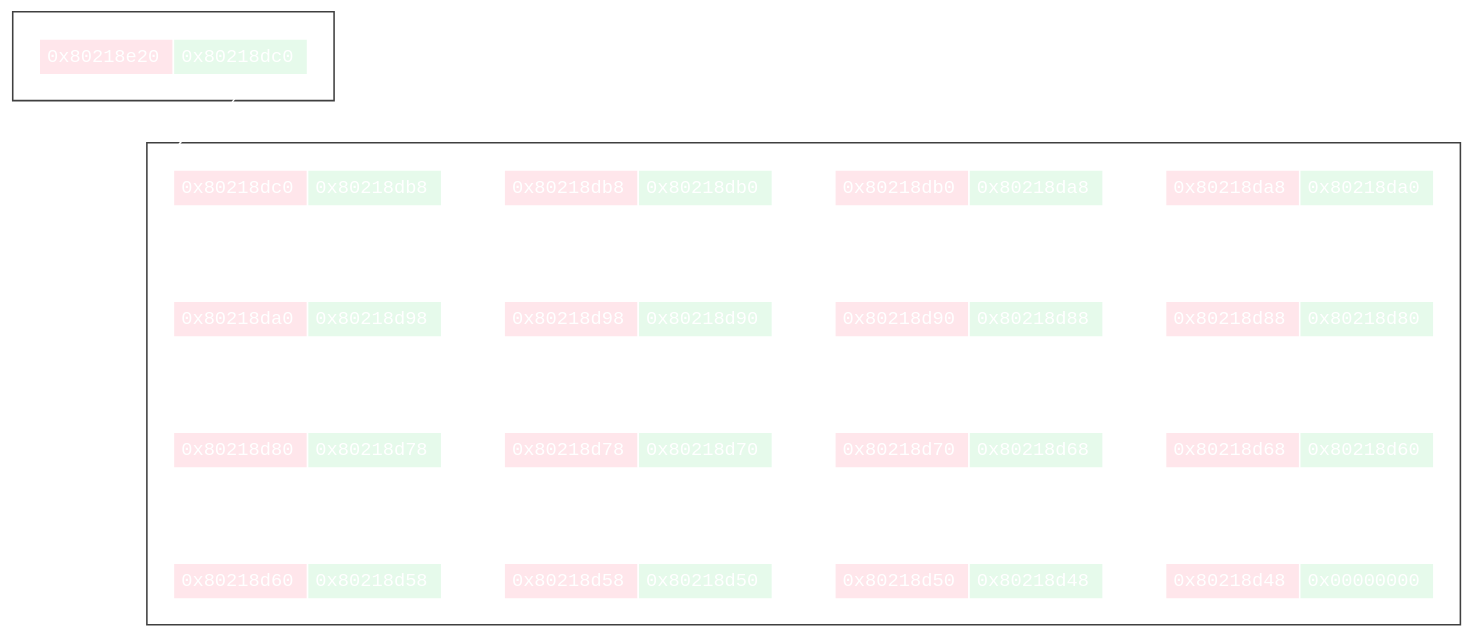
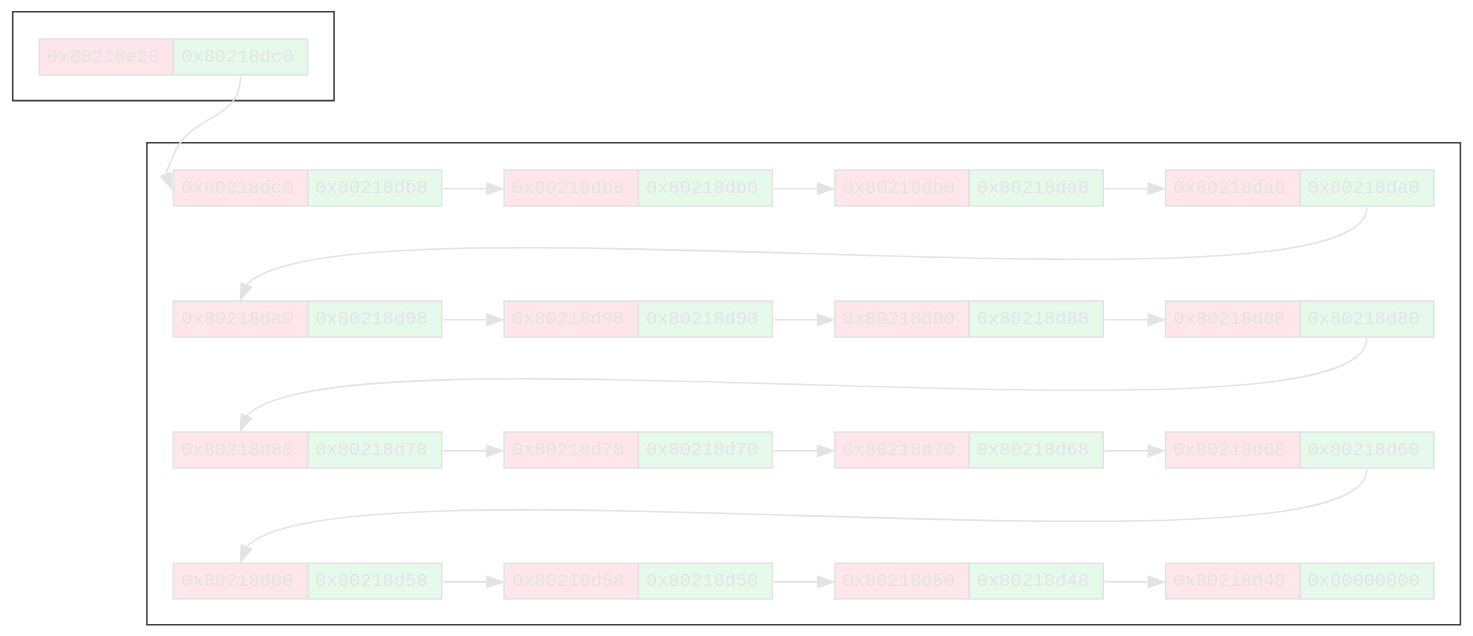
The diagram in scripts/memory/dark/memory.dot (jiangshengdev/rcore), drawn with Graphviz before and after one commit. The commit also changed 9 other files, not shown here.

```diff
--- a/scripts/memory/dark/memory.dot
+++ b/scripts/memory/dark/memory.dot
@@ -4,16 +4,16 @@
     splines=spline;
     nodesep=0.3;
     ranksep=0.6;
-    node [shape=record, fontname="SF Mono,monospace", fontsize=12, margin=0.125, fontcolor=white];
-    edge [fontname="SF Mono,monospace", fontsize=12, fontcolor=white, color=white];
+    node [shape=record, fontname="SF Mono,monospace", fontsize=12, margin=0.125, fontcolor="#e3e3e3"];
+    edge [fontname="SF Mono,monospace", fontsize=12, fontcolor="#e3e3e3", color="#e3e3e3"];
 
         subgraph cluster_g1_ {
             color="gray25";
         g1_node0 [shape=none, margin=0.125, label=<
-<TABLE BORDER="0" CELLBORDER="1" CELLSPACING="0" COLOR="#FFFFFF">
+<TABLE BORDER="0" CELLBORDER="1" CELLSPACING="0" COLOR="#e3e3e3">
   <TR>
-    <TD BGCOLOR="#FF375F1F" PORT="addr" ALIGN="LEFT" CELLPADDING="4"><FONT COLOR="white">0x80218e20</FONT></TD>
-    <TD BGCOLOR="#30D1581F" PORT="next" ALIGN="LEFT" CELLPADDING="4"><FONT COLOR="white">0x80218dc0</FONT></TD>
+    <TD BGCOLOR="#FF375F1F" PORT="addr" ALIGN="LEFT" CELLPADDING="4"><FONT COLOR="#e3e3e3">0x80218e20</FONT></TD>
+    <TD BGCOLOR="#30D1581F" PORT="next" ALIGN="LEFT" CELLPADDING="4"><FONT COLOR="#e3e3e3">0x80218dc0</FONT></TD>
   </TR>
 </TABLE>
 >];
@@ -27,130 +27,130 @@
         subgraph cluster_g2_ {
             color="gray25";
         g2_node0 [shape=none, margin=0.125, label=<
-<TABLE BORDER="0" CELLBORDER="1" CELLSPACING="0" COLOR="#FFFFFF">
+<TABLE BORDER="0" CELLBORDER="1" CELLSPACING="0" COLOR="#e3e3e3">
   <TR>
-    <TD BGCOLOR="#FF375F1F" PORT="addr" ALIGN="LEFT" CELLPADDING="4"><FONT COLOR="white">0x80218d48</FONT></TD>
-    <TD BGCOLOR="#30D1581F" PORT="next" ALIGN="LEFT" CELLPADDING="4"><FONT COLOR="white">0x00000000</FONT></TD>
+    <TD BGCOLOR="#FF375F1F" PORT="addr" ALIGN="LEFT" CELLPADDING="4"><FONT COLOR="#e3e3e3">0x80218d48</FONT></TD>
+    <TD BGCOLOR="#30D1581F" PORT="next" ALIGN="LEFT" CELLPADDING="4"><FONT COLOR="#e3e3e3">0x00000000</FONT></TD>
   </TR>
 </TABLE>
 >];
         g2_node1 [shape=none, margin=0.125, label=<
-<TABLE BORDER="0" CELLBORDER="1" CELLSPACING="0" COLOR="#FFFFFF">
+<TABLE BORDER="0" CELLBORDER="1" CELLSPACING="0" COLOR="#e3e3e3">
   <TR>
-    <TD BGCOLOR="#FF375F1F" PORT="addr" ALIGN="LEFT" CELLPADDING="4"><FONT COLOR="white">0x80218d50</FONT></TD>
-    <TD BGCOLOR="#30D1581F" PORT="val" ALIGN="LEFT" CELLPADDING="4"><FONT COLOR="white">0x80218d48</FONT></TD>
+    <TD BGCOLOR="#FF375F1F" PORT="addr" ALIGN="LEFT" CELLPADDING="4"><FONT COLOR="#e3e3e3">0x80218d50</FONT></TD>
+    <TD BGCOLOR="#30D1581F" PORT="val" ALIGN="LEFT" CELLPADDING="4"><FONT COLOR="#e3e3e3">0x80218d48</FONT></TD>
   </TR>
 </TABLE>
 >];
         g2_node2 [shape=none, margin=0.125, label=<
-<TABLE BORDER="0" CELLBORDER="1" CELLSPACING="0" COLOR="#FFFFFF">
+<TABLE BORDER="0" CELLBORDER="1" CELLSPACING="0" COLOR="#e3e3e3">
   <TR>
-    <TD BGCOLOR="#FF375F1F" PORT="addr" ALIGN="LEFT" CELLPADDING="4"><FONT COLOR="white">0x80218d58</FONT></TD>
-    <TD BGCOLOR="#30D1581F" PORT="val" ALIGN="LEFT" CELLPADDING="4"><FONT COLOR="white">0x80218d50</FONT></TD>
+    <TD BGCOLOR="#FF375F1F" PORT="addr" ALIGN="LEFT" CELLPADDING="4"><FONT COLOR="#e3e3e3">0x80218d58</FONT></TD>
+    <TD BGCOLOR="#30D1581F" PORT="val" ALIGN="LEFT" CELLPADDING="4"><FONT COLOR="#e3e3e3">0x80218d50</FONT></TD>
   </TR>
 </TABLE>
 >];
         g2_node3 [shape=none, margin=0.125, label=<
-<TABLE BORDER="0" CELLBORDER="1" CELLSPACING="0" COLOR="#FFFFFF">
+<TABLE BORDER="0" CELLBORDER="1" CELLSPACING="0" COLOR="#e3e3e3">
   <TR>
-    <TD BGCOLOR="#FF375F1F" PORT="addr" ALIGN="LEFT" CELLPADDING="4"><FONT COLOR="white">0x80218d60</FONT></TD>
-    <TD BGCOLOR="#30D1581F" PORT="val" ALIGN="LEFT" CELLPADDING="4"><FONT COLOR="white">0x80218d58</FONT></TD>
+    <TD BGCOLOR="#FF375F1F" PORT="addr" ALIGN="LEFT" CELLPADDING="4"><FONT COLOR="#e3e3e3">0x80218d60</FONT></TD>
+    <TD BGCOLOR="#30D1581F" PORT="val" ALIGN="LEFT" CELLPADDING="4"><FONT COLOR="#e3e3e3">0x80218d58</FONT></TD>
   </TR>
 </TABLE>
 >];
         g2_node4 [shape=none, margin=0.125, label=<
-<TABLE BORDER="0" CELLBORDER="1" CELLSPACING="0" COLOR="#FFFFFF">
+<TABLE BORDER="0" CELLBORDER="1" CELLSPACING="0" COLOR="#e3e3e3">
   <TR>
-    <TD BGCOLOR="#FF375F1F" PORT="addr" ALIGN="LEFT" CELLPADDING="4"><FONT COLOR="white">0x80218d68</FONT></TD>
-    <TD BGCOLOR="#30D1581F" PORT="val" ALIGN="LEFT" CELLPADDING="4"><FONT COLOR="white">0x80218d60</FONT></TD>
+    <TD BGCOLOR="#FF375F1F" PORT="addr" ALIGN="LEFT" CELLPADDING="4"><FONT COLOR="#e3e3e3">0x80218d68</FONT></TD>
+    <TD BGCOLOR="#30D1581F" PORT="val" ALIGN="LEFT" CELLPADDING="4"><FONT COLOR="#e3e3e3">0x80218d60</FONT></TD>
   </TR>
 </TABLE>
 >];
         g2_node5 [shape=none, margin=0.125, label=<
-<TABLE BORDER="0" CELLBORDER="1" CELLSPACING="0" COLOR="#FFFFFF">
+<TABLE BORDER="0" CELLBORDER="1" CELLSPACING="0" COLOR="#e3e3e3">
   <TR>
-    <TD BGCOLOR="#FF375F1F" PORT="addr" ALIGN="LEFT" CELLPADDING="4"><FONT COLOR="white">0x80218d70</FONT></TD>
-    <TD BGCOLOR="#30D1581F" PORT="val" ALIGN="LEFT" CELLPADDING="4"><FONT COLOR="white">0x80218d68</FONT></TD>
+    <TD BGCOLOR="#FF375F1F" PORT="addr" ALIGN="LEFT" CELLPADDING="4"><FONT COLOR="#e3e3e3">0x80218d70</FONT></TD>
+    <TD BGCOLOR="#30D1581F" PORT="val" ALIGN="LEFT" CELLPADDING="4"><FONT COLOR="#e3e3e3">0x80218d68</FONT></TD>
   </TR>
 </TABLE>
 >];
         g2_node6 [shape=none, margin=0.125, label=<
-<TABLE BORDER="0" CELLBORDER="1" CELLSPACING="0" COLOR="#FFFFFF">
+<TABLE BORDER="0" CELLBORDER="1" CELLSPACING="0" COLOR="#e3e3e3">
   <TR>
-    <TD BGCOLOR="#FF375F1F" PORT="addr" ALIGN="LEFT" CELLPADDING="4"><FONT COLOR="white">0x80218d78</FONT></TD>
-    <TD BGCOLOR="#30D1581F" PORT="val" ALIGN="LEFT" CELLPADDING="4"><FONT COLOR="white">0x80218d70</FONT></TD>
+    <TD BGCOLOR="#FF375F1F" PORT="addr" ALIGN="LEFT" CELLPADDING="4"><FONT COLOR="#e3e3e3">0x80218d78</FONT></TD>
+    <TD BGCOLOR="#30D1581F" PORT="val" ALIGN="LEFT" CELLPADDING="4"><FONT COLOR="#e3e3e3">0x80218d70</FONT></TD>
   </TR>
 </TABLE>
 >];
         g2_node7 [shape=none, margin=0.125, label=<
-<TABLE BORDER="0" CELLBORDER="1" CELLSPACING="0" COLOR="#FFFFFF">
+<TABLE BORDER="0" CELLBORDER="1" CELLSPACING="0" COLOR="#e3e3e3">
   <TR>
-    <TD BGCOLOR="#FF375F1F" PORT="addr" ALIGN="LEFT" CELLPADDING="4"><FONT COLOR="white">0x80218d80</FONT></TD>
-    <TD BGCOLOR="#30D1581F" PORT="val" ALIGN="LEFT" CELLPADDING="4"><FONT COLOR="white">0x80218d78</FONT></TD>
+    <TD BGCOLOR="#FF375F1F" PORT="addr" ALIGN="LEFT" CELLPADDING="4"><FONT COLOR="#e3e3e3">0x80218d80</FONT></TD>
+    <TD BGCOLOR="#30D1581F" PORT="val" ALIGN="LEFT" CELLPADDING="4"><FONT COLOR="#e3e3e3">0x80218d78</FONT></TD>
   </TR>
 </TABLE>
 >];
         g2_node8 [shape=none, margin=0.125, label=<
-<TABLE BORDER="0" CELLBORDER="1" CELLSPACING="0" COLOR="#FFFFFF">
+<TABLE BORDER="0" CELLBORDER="1" CELLSPACING="0" COLOR="#e3e3e3">
   <TR>
-    <TD BGCOLOR="#FF375F1F" PORT="addr" ALIGN="LEFT" CELLPADDING="4"><FONT COLOR="white">0x80218d88</FONT></TD>
-    <TD BGCOLOR="#30D1581F" PORT="val" ALIGN="LEFT" CELLPADDING="4"><FONT COLOR="white">0x80218d80</FONT></TD>
+    <TD BGCOLOR="#FF375F1F" PORT="addr" ALIGN="LEFT" CELLPADDING="4"><FONT COLOR="#e3e3e3">0x80218d88</FONT></TD>
+    <TD BGCOLOR="#30D1581F" PORT="val" ALIGN="LEFT" CELLPADDING="4"><FONT COLOR="#e3e3e3">0x80218d80</FONT></TD>
   </TR>
 </TABLE>
 >];
         g2_node9 [shape=none, margin=0.125, label=<
-<TABLE BORDER="0" CELLBORDER="1" CELLSPACING="0" COLOR="#FFFFFF">
+<TABLE BORDER="0" CELLBORDER="1" CELLSPACING="0" COLOR="#e3e3e3">
   <TR>
-    <TD BGCOLOR="#FF375F1F" PORT="addr" ALIGN="LEFT" CELLPADDING="4"><FONT COLOR="white">0x80218d90</FONT></TD>
-    <TD BGCOLOR="#30D1581F" PORT="val" ALIGN="LEFT" CELLPADDING="4"><FONT COLOR="white">0x80218d88</FONT></TD>
+    <TD BGCOLOR="#FF375F1F" PORT="addr" ALIGN="LEFT" CELLPADDING="4"><FONT COLOR="#e3e3e3">0x80218d90</FONT></TD>
+    <TD BGCOLOR="#30D1581F" PORT="val" ALIGN="LEFT" CELLPADDING="4"><FONT COLOR="#e3e3e3">0x80218d88</FONT></TD>
   </TR>
 </TABLE>
 >];
         g2_node10 [shape=none, margin=0.125, label=<
-<TABLE BORDER="0" CELLBORDER="1" CELLSPACING="0" COLOR="#FFFFFF">
+<TABLE BORDER="0" CELLBORDER="1" CELLSPACING="0" COLOR="#e3e3e3">
   <TR>
-    <TD BGCOLOR="#FF375F1F" PORT="addr" ALIGN="LEFT" CELLPADDING="4"><FONT COLOR="white">0x80218d98</FONT></TD>
-    <TD BGCOLOR="#30D1581F" PORT="val" ALIGN="LEFT" CELLPADDING="4"><FONT COLOR="white">0x80218d90</FONT></TD>
+    <TD BGCOLOR="#FF375F1F" PORT="addr" ALIGN="LEFT" CELLPADDING="4"><FONT COLOR="#e3e3e3">0x80218d98</FONT></TD>
+    <TD BGCOLOR="#30D1581F" PORT="val" ALIGN="LEFT" CELLPADDING="4"><FONT COLOR="#e3e3e3">0x80218d90</FONT></TD>
   </TR>
 </TABLE>
 >];
         g2_node11 [shape=none, margin=0.125, label=<
-<TABLE BORDER="0" CELLBORDER="1" CELLSPACING="0" COLOR="#FFFFFF">
+<TABLE BORDER="0" CELLBORDER="1" CELLSPACING="0" COLOR="#e3e3e3">
   <TR>
-    <TD BGCOLOR="#FF375F1F" PORT="addr" ALIGN="LEFT" CELLPADDING="4"><FONT COLOR="white">0x80218da0</FONT></TD>
-    <TD BGCOLOR="#30D1581F" PORT="val" ALIGN="LEFT" CELLPADDING="4"><FONT COLOR="white">0x80218d98</FONT></TD>
+    <TD BGCOLOR="#FF375F1F" PORT="addr" ALIGN="LEFT" CELLPADDING="4"><FONT COLOR="#e3e3e3">0x80218da0</FONT></TD>
+    <TD BGCOLOR="#30D1581F" PORT="val" ALIGN="LEFT" CELLPADDING="4"><FONT COLOR="#e3e3e3">0x80218d98</FONT></TD>
   </TR>
 </TABLE>
 >];
         g2_node12 [shape=none, margin=0.125, label=<
-<TABLE BORDER="0" CELLBORDER="1" CELLSPACING="0" COLOR="#FFFFFF">
+<TABLE BORDER="0" CELLBORDER="1" CELLSPACING="0" COLOR="#e3e3e3">
   <TR>
-    <TD BGCOLOR="#FF375F1F" PORT="addr" ALIGN="LEFT" CELLPADDING="4"><FONT COLOR="white">0x80218da8</FONT></TD>
-    <TD BGCOLOR="#30D1581F" PORT="val" ALIGN="LEFT" CELLPADDING="4"><FONT COLOR="white">0x80218da0</FONT></TD>
+    <TD BGCOLOR="#FF375F1F" PORT="addr" ALIGN="LEFT" CELLPADDING="4"><FONT COLOR="#e3e3e3">0x80218da8</FONT></TD>
+    <TD BGCOLOR="#30D1581F" PORT="val" ALIGN="LEFT" CELLPADDING="4"><FONT COLOR="#e3e3e3">0x80218da0</FONT></TD>
   </TR>
 </TABLE>
 >];
         g2_node13 [shape=none, margin=0.125, label=<
-<TABLE BORDER="0" CELLBORDER="1" CELLSPACING="0" COLOR="#FFFFFF">
+<TABLE BORDER="0" CELLBORDER="1" CELLSPACING="0" COLOR="#e3e3e3">
   <TR>
-    <TD BGCOLOR="#FF375F1F" PORT="addr" ALIGN="LEFT" CELLPADDING="4"><FONT COLOR="white">0x80218db0</FONT></TD>
-    <TD BGCOLOR="#30D1581F" PORT="val" ALIGN="LEFT" CELLPADDING="4"><FONT COLOR="white">0x80218da8</FONT></TD>
+    <TD BGCOLOR="#FF375F1F" PORT="addr" ALIGN="LEFT" CELLPADDING="4"><FONT COLOR="#e3e3e3">0x80218db0</FONT></TD>
+    <TD BGCOLOR="#30D1581F" PORT="val" ALIGN="LEFT" CELLPADDING="4"><FONT COLOR="#e3e3e3">0x80218da8</FONT></TD>
   </TR>
 </TABLE>
 >];
         g2_node14 [shape=none, margin=0.125, label=<
-<TABLE BORDER="0" CELLBORDER="1" CELLSPACING="0" COLOR="#FFFFFF">
+<TABLE BORDER="0" CELLBORDER="1" CELLSPACING="0" COLOR="#e3e3e3">
   <TR>
-    <TD BGCOLOR="#FF375F1F" PORT="addr" ALIGN="LEFT" CELLPADDING="4"><FONT COLOR="white">0x80218db8</FONT></TD>
-    <TD BGCOLOR="#30D1581F" PORT="val" ALIGN="LEFT" CELLPADDING="4"><FONT COLOR="white">0x80218db0</FONT></TD>
+    <TD BGCOLOR="#FF375F1F" PORT="addr" ALIGN="LEFT" CELLPADDING="4"><FONT COLOR="#e3e3e3">0x80218db8</FONT></TD>
+    <TD BGCOLOR="#30D1581F" PORT="val" ALIGN="LEFT" CELLPADDING="4"><FONT COLOR="#e3e3e3">0x80218db0</FONT></TD>
   </TR>
 </TABLE>
 >];
         g2_node15 [shape=none, margin=0.125, label=<
-<TABLE BORDER="0" CELLBORDER="1" CELLSPACING="0" COLOR="#FFFFFF">
+<TABLE BORDER="0" CELLBORDER="1" CELLSPACING="0" COLOR="#e3e3e3">
   <TR>
-    <TD BGCOLOR="#FF375F1F" PORT="addr" ALIGN="LEFT" CELLPADDING="4"><FONT COLOR="white">0x80218dc0</FONT></TD>
-    <TD BGCOLOR="#30D1581F" PORT="val" ALIGN="LEFT" CELLPADDING="4"><FONT COLOR="white">0x80218db8</FONT></TD>
+    <TD BGCOLOR="#FF375F1F" PORT="addr" ALIGN="LEFT" CELLPADDING="4"><FONT COLOR="#e3e3e3">0x80218dc0</FONT></TD>
+    <TD BGCOLOR="#30D1581F" PORT="val" ALIGN="LEFT" CELLPADDING="4"><FONT COLOR="#e3e3e3">0x80218db8</FONT></TD>
   </TR>
 </TABLE>
 >];
```
